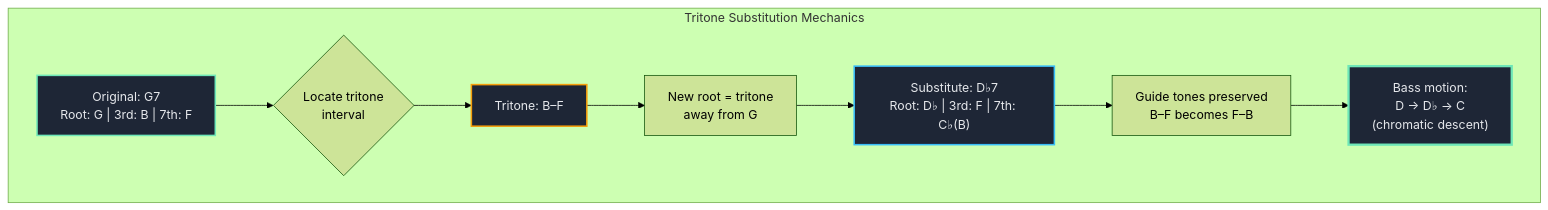
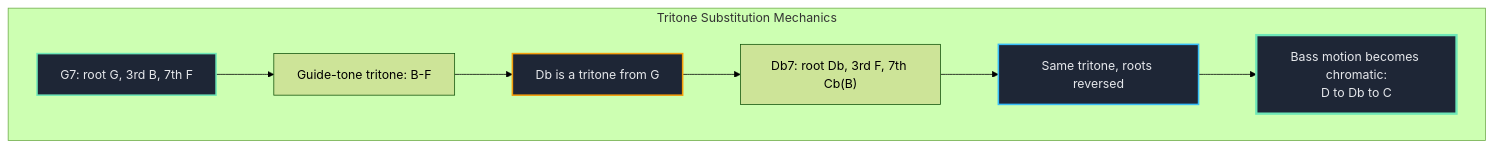
Before and after one commit to blebleblee/synapse: the second of 5 diagrams in topics/arts/composition/jazz_harmony/labs.md, drawn with Mermaid (forest theme). The commit also changed other lines of this file and 4 other files, not shown here.

````diff
--- a/topics/arts/composition/jazz_harmony/labs.md
+++ b/topics/arts/composition/jazz_harmony/labs.md
@@ -505,16 +212,14 @@
 ```mermaid
 graph TD
     subgraph sub_analysis ["Tritone Substitution Mechanics"]
-        A["Original: G7<br/>Root: G | 3rd: B | 7th: F"] --> B{"Locate tritone<br/>interval"}
-        B --> C["Tritone: B–F"]
-        C --> D["New root = tritone<br/>away from G"]
-        D --> E["Substitute: D♭7<br/>Root: D♭ | 3rd: F | 7th: C♭(B)"]
-        E --> F["Guide tones preserved<br/>B–F becomes F–B"]
-        F --> G["Bass motion:<br/>D → D♭ → C<br/>(chromatic descent)"]
+        A["G7: root G, 3rd B, 7th F"] --> B["Guide-tone tritone: B-F"]
+        B --> C["Db is a tritone from G"]
+        C --> D["Db7: root Db, 3rd F, 7th Cb(B)"]
+        D --> E["Same tritone, roots reversed"]
+        E --> F["Bass motion becomes chromatic:<br/>D to Db to C"]
     end
-    
     style A fill:#1E2636,stroke:#6EE7B7,stroke-width:2px,color:#E5E7EB
     style C fill:#1E2636,stroke:#F59E0B,stroke-width:2px,color:#E5E7EB
     style E fill:#1E2636,stroke:#38BDF8,stroke-width:2px,color:#E5E7EB
-    style G fill:#1E2636,stroke:#6EE7B7,stroke-width:3px,color:#E5E7EB
+    style F fill:#1E2636,stroke:#6EE7B7,stroke-width:3px,color:#E5E7EB
 ```
````
